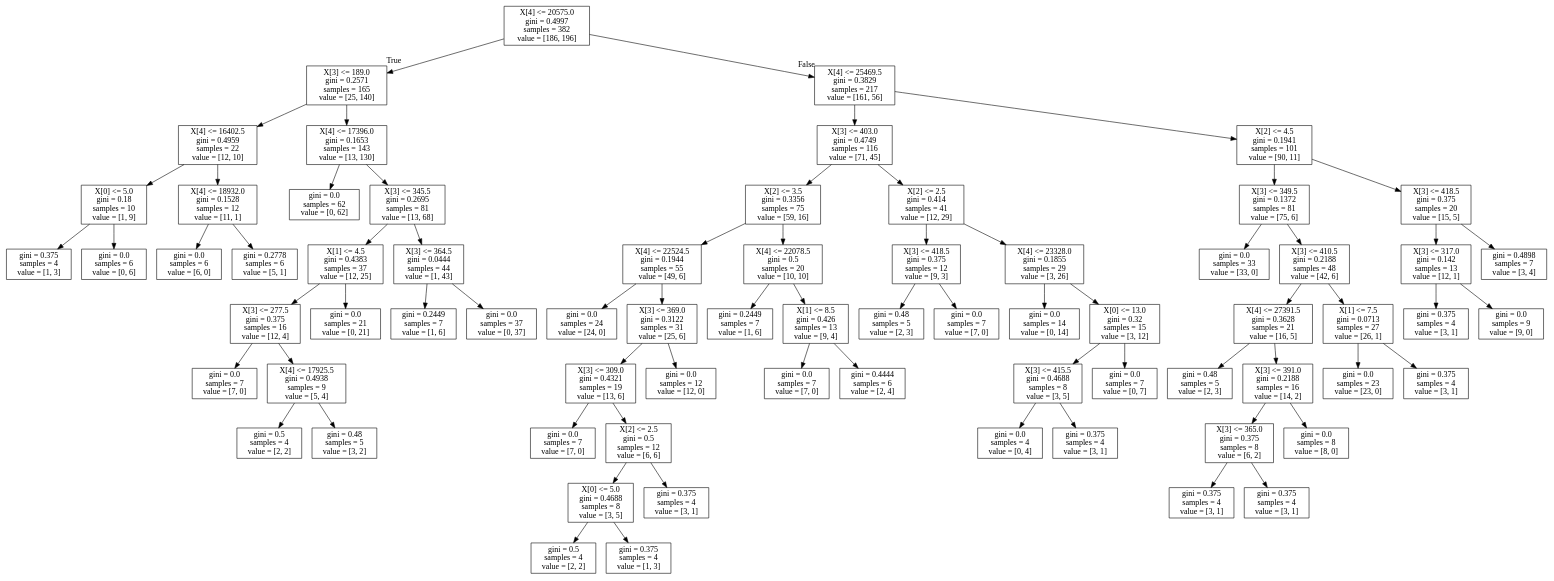
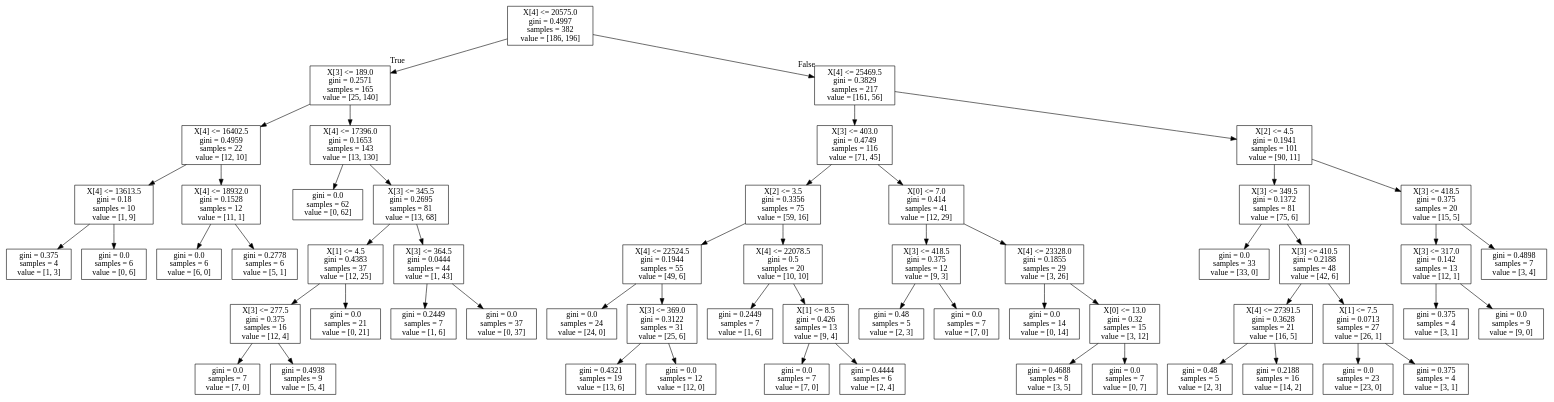
The diagram in NaoDecisionTree.dot (cmcollander/NaoLego), drawn with Graphviz before and after one commit. The commit also changed 4 other files, not shown here.

```diff
--- a/NaoDecisionTree.dot
+++ b/NaoDecisionTree.dot
@@ -1,144 +1,116 @@
 digraph Tree {
 node [shape=box] ;
 0 [label="X[4] <= 20575.0\ngini = 0.4997\nsamples = 382\nvalue = [186, 196]"] ;
 1 [label="X[3] <= 189.0\ngini = 0.2571\nsamples = 165\nvalue = [25, 140]"] ;
 0 -> 1 [labeldistance=2.5, labelangle=45, headlabel="True"] ;
 2 [label="X[4] <= 16402.5\ngini = 0.4959\nsamples = 22\nvalue = [12, 10]"] ;
 1 -> 2 ;
-3 [label="X[0] <= 5.0\ngini = 0.18\nsamples = 10\nvalue = [1, 9]"] ;
+3 [label="X[4] <= 13613.5\ngini = 0.18\nsamples = 10\nvalue = [1, 9]"] ;
 2 -> 3 ;
 4 [label="gini = 0.375\nsamples = 4\nvalue = [1, 3]"] ;
 3 -> 4 ;
 5 [label="gini = 0.0\nsamples = 6\nvalue = [0, 6]"] ;
 3 -> 5 ;
 6 [label="X[4] <= 18932.0\ngini = 0.1528\nsamples = 12\nvalue = [11, 1]"] ;
 2 -> 6 ;
 7 [label="gini = 0.0\nsamples = 6\nvalue = [6, 0]"] ;
 6 -> 7 ;
 8 [label="gini = 0.2778\nsamples = 6\nvalue = [5, 1]"] ;
 6 -> 8 ;
 9 [label="X[4] <= 17396.0\ngini = 0.1653\nsamples = 143\nvalue = [13, 130]"] ;
 1 -> 9 ;
 10 [label="gini = 0.0\nsamples = 62\nvalue = [0, 62]"] ;
 9 -> 10 ;
 11 [label="X[3] <= 345.5\ngini = 0.2695\nsamples = 81\nvalue = [13, 68]"] ;
 9 -> 11 ;
 12 [label="X[1] <= 4.5\ngini = 0.4383\nsamples = 37\nvalue = [12, 25]"] ;
 11 -> 12 ;
 13 [label="X[3] <= 277.5\ngini = 0.375\nsamples = 16\nvalue = [12, 4]"] ;
 12 -> 13 ;
 14 [label="gini = 0.0\nsamples = 7\nvalue = [7, 0]"] ;
 13 -> 14 ;
-15 [label="X[4] <= 17925.5\ngini = 0.4938\nsamples = 9\nvalue = [5, 4]"] ;
+15 [label="gini = 0.4938\nsamples = 9\nvalue = [5, 4]"] ;
 13 -> 15 ;
-16 [label="gini = 0.5\nsamples = 4\nvalue = [2, 2]"] ;
-15 -> 16 ;
-17 [label="gini = 0.48\nsamples = 5\nvalue = [3, 2]"] ;
-15 -> 17 ;
-18 [label="gini = 0.0\nsamples = 21\nvalue = [0, 21]"] ;
-12 -> 18 ;
-19 [label="X[3] <= 364.5\ngini = 0.0444\nsamples = 44\nvalue = [1, 43]"] ;
-11 -> 19 ;
-20 [label="gini = 0.2449\nsamples = 7\nvalue = [1, 6]"] ;
-19 -> 20 ;
-21 [label="gini = 0.0\nsamples = 37\nvalue = [0, 37]"] ;
-19 -> 21 ;
-22 [label="X[4] <= 25469.5\ngini = 0.3829\nsamples = 217\nvalue = [161, 56]"] ;
-0 -> 22 [labeldistance=2.5, labelangle=-45, headlabel="False"] ;
-23 [label="X[3] <= 403.0\ngini = 0.4749\nsamples = 116\nvalue = [71, 45]"] ;
+16 [label="gini = 0.0\nsamples = 21\nvalue = [0, 21]"] ;
+12 -> 16 ;
+17 [label="X[3] <= 364.5\ngini = 0.0444\nsamples = 44\nvalue = [1, 43]"] ;
+11 -> 17 ;
+18 [label="gini = 0.2449\nsamples = 7\nvalue = [1, 6]"] ;
+17 -> 18 ;
+19 [label="gini = 0.0\nsamples = 37\nvalue = [0, 37]"] ;
+17 -> 19 ;
+20 [label="X[4] <= 25469.5\ngini = 0.3829\nsamples = 217\nvalue = [161, 56]"] ;
+0 -> 20 [labeldistance=2.5, labelangle=-45, headlabel="False"] ;
+21 [label="X[3] <= 403.0\ngini = 0.4749\nsamples = 116\nvalue = [71, 45]"] ;
+20 -> 21 ;
+22 [label="X[2] <= 3.5\ngini = 0.3356\nsamples = 75\nvalue = [59, 16]"] ;
+21 -> 22 ;
+23 [label="X[4] <= 22524.5\ngini = 0.1944\nsamples = 55\nvalue = [49, 6]"] ;
 22 -> 23 ;
-24 [label="X[2] <= 3.5\ngini = 0.3356\nsamples = 75\nvalue = [59, 16]"] ;
+24 [label="gini = 0.0\nsamples = 24\nvalue = [24, 0]"] ;
 23 -> 24 ;
-25 [label="X[4] <= 22524.5\ngini = 0.1944\nsamples = 55\nvalue = [49, 6]"] ;
-24 -> 25 ;
-26 [label="gini = 0.0\nsamples = 24\nvalue = [24, 0]"] ;
+25 [label="X[3] <= 369.0\ngini = 0.3122\nsamples = 31\nvalue = [25, 6]"] ;
+23 -> 25 ;
+26 [label="gini = 0.4321\nsamples = 19\nvalue = [13, 6]"] ;
 25 -> 26 ;
-27 [label="X[3] <= 369.0\ngini = 0.3122\nsamples = 31\nvalue = [25, 6]"] ;
+27 [label="gini = 0.0\nsamples = 12\nvalue = [12, 0]"] ;
 25 -> 27 ;
-28 [label="X[3] <= 309.0\ngini = 0.4321\nsamples = 19\nvalue = [13, 6]"] ;
-27 -> 28 ;
-29 [label="gini = 0.0\nsamples = 7\nvalue = [7, 0]"] ;
+28 [label="X[4] <= 22078.5\ngini = 0.5\nsamples = 20\nvalue = [10, 10]"] ;
+22 -> 28 ;
+29 [label="gini = 0.2449\nsamples = 7\nvalue = [1, 6]"] ;
 28 -> 29 ;
-30 [label="X[2] <= 2.5\ngini = 0.5\nsamples = 12\nvalue = [6, 6]"] ;
+30 [label="X[1] <= 8.5\ngini = 0.426\nsamples = 13\nvalue = [9, 4]"] ;
 28 -> 30 ;
-31 [label="X[0] <= 5.0\ngini = 0.4688\nsamples = 8\nvalue = [3, 5]"] ;
+31 [label="gini = 0.0\nsamples = 7\nvalue = [7, 0]"] ;
 30 -> 31 ;
-32 [label="gini = 0.5\nsamples = 4\nvalue = [2, 2]"] ;
-31 -> 32 ;
-33 [label="gini = 0.375\nsamples = 4\nvalue = [1, 3]"] ;
-31 -> 33 ;
-34 [label="gini = 0.375\nsamples = 4\nvalue = [3, 1]"] ;
-30 -> 34 ;
-35 [label="gini = 0.0\nsamples = 12\nvalue = [12, 0]"] ;
-27 -> 35 ;
-36 [label="X[4] <= 22078.5\ngini = 0.5\nsamples = 20\nvalue = [10, 10]"] ;
-24 -> 36 ;
-37 [label="gini = 0.2449\nsamples = 7\nvalue = [1, 6]"] ;
-36 -> 37 ;
-38 [label="X[1] <= 8.5\ngini = 0.426\nsamples = 13\nvalue = [9, 4]"] ;
-36 -> 38 ;
-39 [label="gini = 0.0\nsamples = 7\nvalue = [7, 0]"] ;
-38 -> 39 ;
-40 [label="gini = 0.4444\nsamples = 6\nvalue = [2, 4]"] ;
-38 -> 40 ;
-41 [label="X[2] <= 2.5\ngini = 0.414\nsamples = 41\nvalue = [12, 29]"] ;
-23 -> 41 ;
-42 [label="X[3] <= 418.5\ngini = 0.375\nsamples = 12\nvalue = [9, 3]"] ;
-41 -> 42 ;
-43 [label="gini = 0.48\nsamples = 5\nvalue = [2, 3]"] ;
+32 [label="gini = 0.4444\nsamples = 6\nvalue = [2, 4]"] ;
+30 -> 32 ;
+33 [label="X[0] <= 7.0\ngini = 0.414\nsamples = 41\nvalue = [12, 29]"] ;
+21 -> 33 ;
+34 [label="X[3] <= 418.5\ngini = 0.375\nsamples = 12\nvalue = [9, 3]"] ;
+33 -> 34 ;
+35 [label="gini = 0.48\nsamples = 5\nvalue = [2, 3]"] ;
+34 -> 35 ;
+36 [label="gini = 0.0\nsamples = 7\nvalue = [7, 0]"] ;
+34 -> 36 ;
+37 [label="X[4] <= 23328.0\ngini = 0.1855\nsamples = 29\nvalue = [3, 26]"] ;
+33 -> 37 ;
+38 [label="gini = 0.0\nsamples = 14\nvalue = [0, 14]"] ;
+37 -> 38 ;
+39 [label="X[0] <= 13.0\ngini = 0.32\nsamples = 15\nvalue = [3, 12]"] ;
+37 -> 39 ;
+40 [label="gini = 0.4688\nsamples = 8\nvalue = [3, 5]"] ;
+39 -> 40 ;
+41 [label="gini = 0.0\nsamples = 7\nvalue = [0, 7]"] ;
+39 -> 41 ;
+42 [label="X[2] <= 4.5\ngini = 0.1941\nsamples = 101\nvalue = [90, 11]"] ;
+20 -> 42 ;
+43 [label="X[3] <= 349.5\ngini = 0.1372\nsamples = 81\nvalue = [75, 6]"] ;
 42 -> 43 ;
-44 [label="gini = 0.0\nsamples = 7\nvalue = [7, 0]"] ;
-42 -> 44 ;
-45 [label="X[4] <= 23328.0\ngini = 0.1855\nsamples = 29\nvalue = [3, 26]"] ;
-41 -> 45 ;
-46 [label="gini = 0.0\nsamples = 14\nvalue = [0, 14]"] ;
+44 [label="gini = 0.0\nsamples = 33\nvalue = [33, 0]"] ;
+43 -> 44 ;
+45 [label="X[3] <= 410.5\ngini = 0.2188\nsamples = 48\nvalue = [42, 6]"] ;
+43 -> 45 ;
+46 [label="X[4] <= 27391.5\ngini = 0.3628\nsamples = 21\nvalue = [16, 5]"] ;
 45 -> 46 ;
-47 [label="X[0] <= 13.0\ngini = 0.32\nsamples = 15\nvalue = [3, 12]"] ;
-45 -> 47 ;
-48 [label="X[3] <= 415.5\ngini = 0.4688\nsamples = 8\nvalue = [3, 5]"] ;
-47 -> 48 ;
-49 [label="gini = 0.0\nsamples = 4\nvalue = [0, 4]"] ;
-48 -> 49 ;
-50 [label="gini = 0.375\nsamples = 4\nvalue = [3, 1]"] ;
-48 -> 50 ;
-51 [label="gini = 0.0\nsamples = 7\nvalue = [0, 7]"] ;
-47 -> 51 ;
-52 [label="X[2] <= 4.5\ngini = 0.1941\nsamples = 101\nvalue = [90, 11]"] ;
-22 -> 52 ;
-53 [label="X[3] <= 349.5\ngini = 0.1372\nsamples = 81\nvalue = [75, 6]"] ;
+47 [label="gini = 0.48\nsamples = 5\nvalue = [2, 3]"] ;
+46 -> 47 ;
+48 [label="gini = 0.2188\nsamples = 16\nvalue = [14, 2]"] ;
+46 -> 48 ;
+49 [label="X[1] <= 7.5\ngini = 0.0713\nsamples = 27\nvalue = [26, 1]"] ;
+45 -> 49 ;
+50 [label="gini = 0.0\nsamples = 23\nvalue = [23, 0]"] ;
+49 -> 50 ;
+51 [label="gini = 0.375\nsamples = 4\nvalue = [3, 1]"] ;
+49 -> 51 ;
+52 [label="X[3] <= 418.5\ngini = 0.375\nsamples = 20\nvalue = [15, 5]"] ;
+42 -> 52 ;
+53 [label="X[3] <= 317.0\ngini = 0.142\nsamples = 13\nvalue = [12, 1]"] ;
 52 -> 53 ;
-54 [label="gini = 0.0\nsamples = 33\nvalue = [33, 0]"] ;
+54 [label="gini = 0.375\nsamples = 4\nvalue = [3, 1]"] ;
 53 -> 54 ;
-55 [label="X[3] <= 410.5\ngini = 0.2188\nsamples = 48\nvalue = [42, 6]"] ;
+55 [label="gini = 0.0\nsamples = 9\nvalue = [9, 0]"] ;
 53 -> 55 ;
-56 [label="X[4] <= 27391.5\ngini = 0.3628\nsamples = 21\nvalue = [16, 5]"] ;
-55 -> 56 ;
-57 [label="gini = 0.48\nsamples = 5\nvalue = [2, 3]"] ;
-56 -> 57 ;
-58 [label="X[3] <= 391.0\ngini = 0.2188\nsamples = 16\nvalue = [14, 2]"] ;
-56 -> 58 ;
-59 [label="X[3] <= 365.0\ngini = 0.375\nsamples = 8\nvalue = [6, 2]"] ;
-58 -> 59 ;
-60 [label="gini = 0.375\nsamples = 4\nvalue = [3, 1]"] ;
-59 -> 60 ;
-61 [label="gini = 0.375\nsamples = 4\nvalue = [3, 1]"] ;
-59 -> 61 ;
-62 [label="gini = 0.0\nsamples = 8\nvalue = [8, 0]"] ;
-58 -> 62 ;
-63 [label="X[1] <= 7.5\ngini = 0.0713\nsamples = 27\nvalue = [26, 1]"] ;
-55 -> 63 ;
-64 [label="gini = 0.0\nsamples = 23\nvalue = [23, 0]"] ;
-63 -> 64 ;
-65 [label="gini = 0.375\nsamples = 4\nvalue = [3, 1]"] ;
-63 -> 65 ;
-66 [label="X[3] <= 418.5\ngini = 0.375\nsamples = 20\nvalue = [15, 5]"] ;
-52 -> 66 ;
-67 [label="X[3] <= 317.0\ngini = 0.142\nsamples = 13\nvalue = [12, 1]"] ;
-66 -> 67 ;
-68 [label="gini = 0.375\nsamples = 4\nvalue = [3, 1]"] ;
-67 -> 68 ;
-69 [label="gini = 0.0\nsamples = 9\nvalue = [9, 0]"] ;
-67 -> 69 ;
-70 [label="gini = 0.4898\nsamples = 7\nvalue = [3, 4]"] ;
-66 -> 70 ;
+56 [label="gini = 0.4898\nsamples = 7\nvalue = [3, 4]"] ;
+52 -> 56 ;
 }
```
